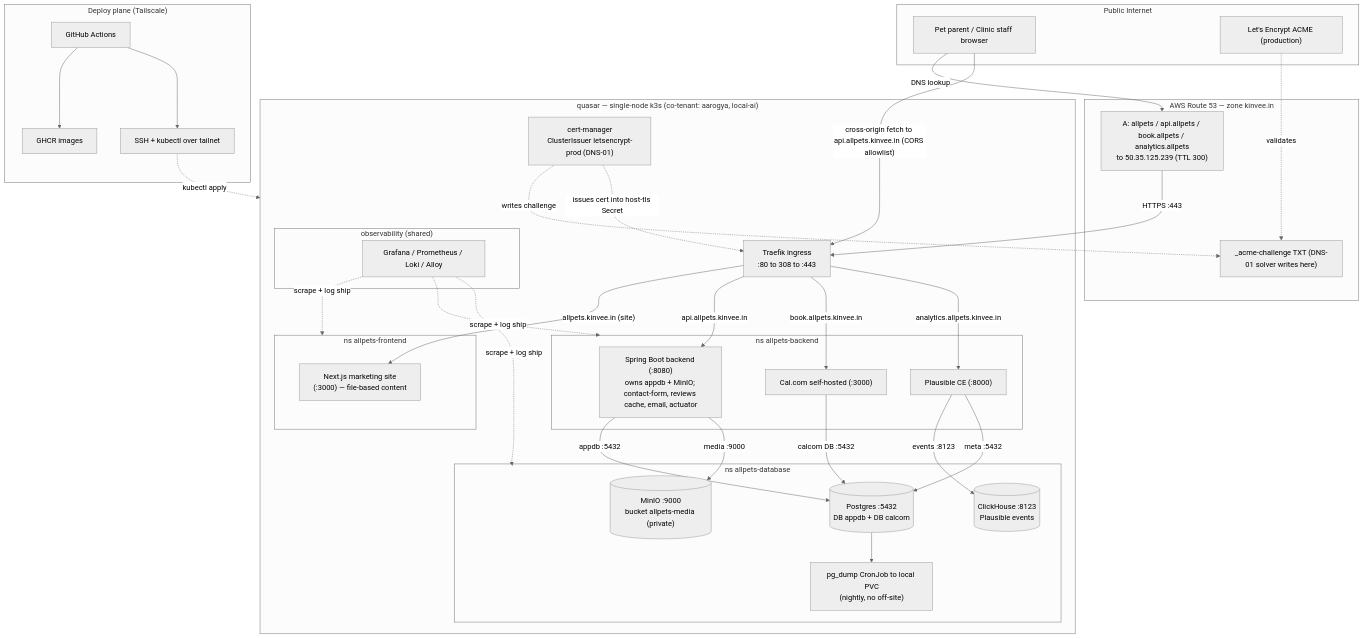
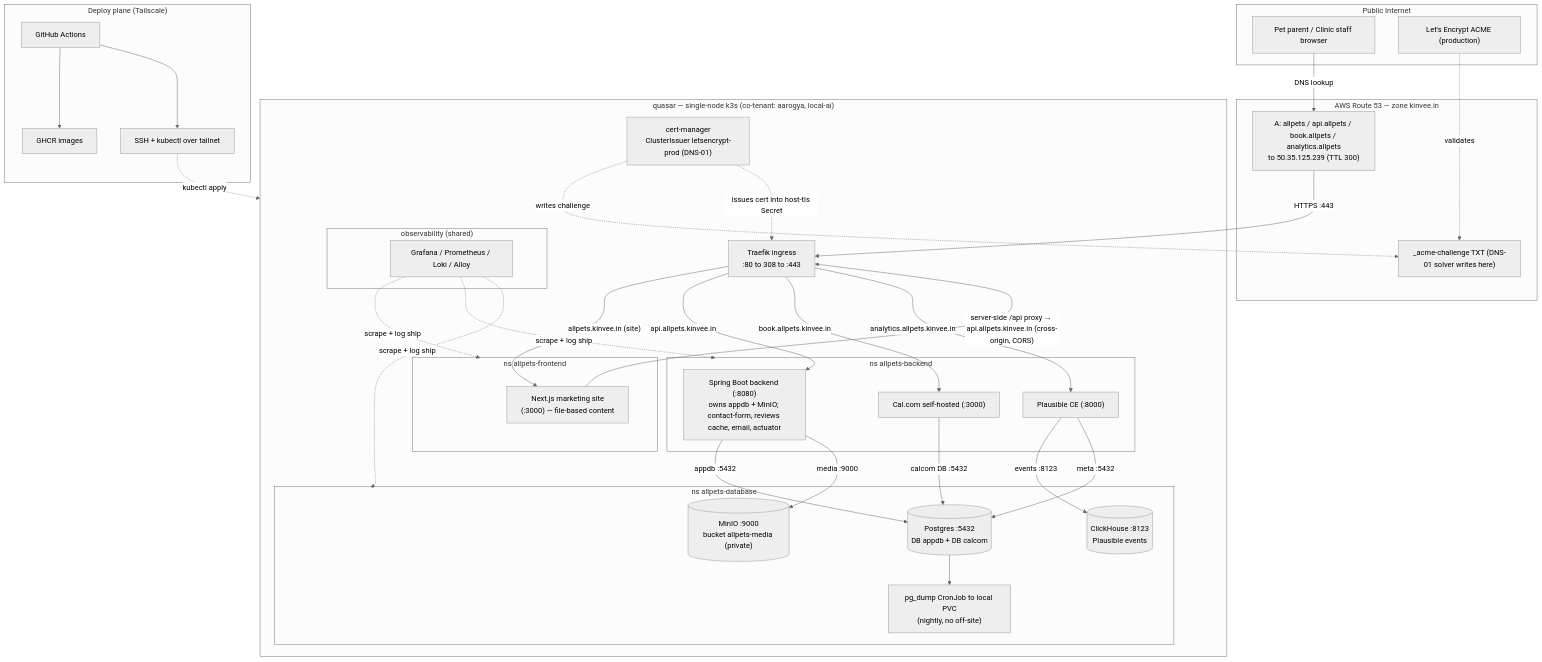
The diagram in planning/architecture.md (gimballock-1/allpets-backend), drawn with Mermaid (neutral theme) before and after one commit. The commit also changed other lines of this file and 2 other files, not shown here.

First line of the commit message:
docs(design): make same-origin proxy (Option A) canonical for browser→API (#189)

````diff
--- a/planning/architecture.md
+++ b/planning/architecture.md
@@ -64,71 +64,71 @@
 ```mermaid
 flowchart TB
     subgraph internet["Public Internet"]
         visitor["Pet parent / Clinic staff browser"]
         le["Let's Encrypt ACME (production)"]
     end
 
     subgraph aws["AWS Route 53 — zone kinvee.in"]
         dns["A: allpets / api.allpets / book.allpets / analytics.allpets<br/>to 50.35.125.239 (TTL 300)"]
         txt["_acme-challenge TXT (DNS-01 solver writes here)"]
     end
 
     subgraph quasar["quasar — single-node k3s (co-tenant: aarogya, local-ai)"]
         traefik["Traefik ingress<br/>:80 to 308 to :443"]
         certmgr["cert-manager<br/>ClusterIssuer letsencrypt-prod (DNS-01)"]
 
         subgraph nsfe["ns allpets-frontend"]
             site["Next.js marketing site<br/>(:3000) — file-based content"]
         end
 
         subgraph nsbe["ns allpets-backend"]
             api["Spring Boot backend (:8080)<br/>owns appdb + MinIO; contact-form, reviews cache, email, actuator"]
             calcom["Cal.com self-hosted (:3000)"]
             plausible["Plausible CE (:8000)"]
         end
 
         subgraph nsdb["ns allpets-database"]
             pg[("Postgres :5432<br/>DB appdb + DB calcom")]
             minio[("MinIO :9000<br/>bucket allpets-media (private)")]
             ch[("ClickHouse :8123<br/>Plausible events")]
             pgdump["pg_dump CronJob to local PVC<br/>(nightly, no off-site)"]
         end
 
         subgraph nsobs["observability (shared)"]
             obs["Grafana / Prometheus / Loki / Alloy"]
         end
     end
 
     subgraph deployplane["Deploy plane (Tailscale)"]
         gha["GitHub Actions"]
         ghcr["GHCR images"]
         ssh["SSH + kubectl over tailnet"]
     end
 
     visitor -->|"DNS lookup"| dns
     dns -->|"HTTPS :443"| traefik
     le -.->|"validates"| txt
     certmgr -.->|"writes challenge"| txt
     certmgr -.->|"issues cert into host-tls Secret"| traefik
 
     traefik -->|"allpets.kinvee.in (site)"| site
     traefik -->|"api.allpets.kinvee.in"| api
     traefik -->|"book.allpets.kinvee.in"| calcom
     traefik -->|"analytics.allpets.kinvee.in"| plausible
 
-    visitor -->|"cross-origin fetch to api.allpets.kinvee.in (CORS allowlist)"| traefik
+    site -->|"server-side /api proxy → api.allpets.kinvee.in (cross-origin, CORS)"| traefik
     api -->|"appdb :5432"| pg
     api -->|"media :9000"| minio
     calcom -->|"calcom DB :5432"| pg
     plausible -->|"events :8123"| ch
     plausible -->|"meta :5432"| pg
 
     pg --> pgdump
     obs -.->|"scrape + log ship"| nsfe
     obs -.->|"scrape + log ship"| nsbe
     obs -.->|"scrape + log ship"| nsdb
 
     gha --> ghcr
     gha --> ssh
     ssh -.->|"kubectl apply"| quasar
 ```
````
